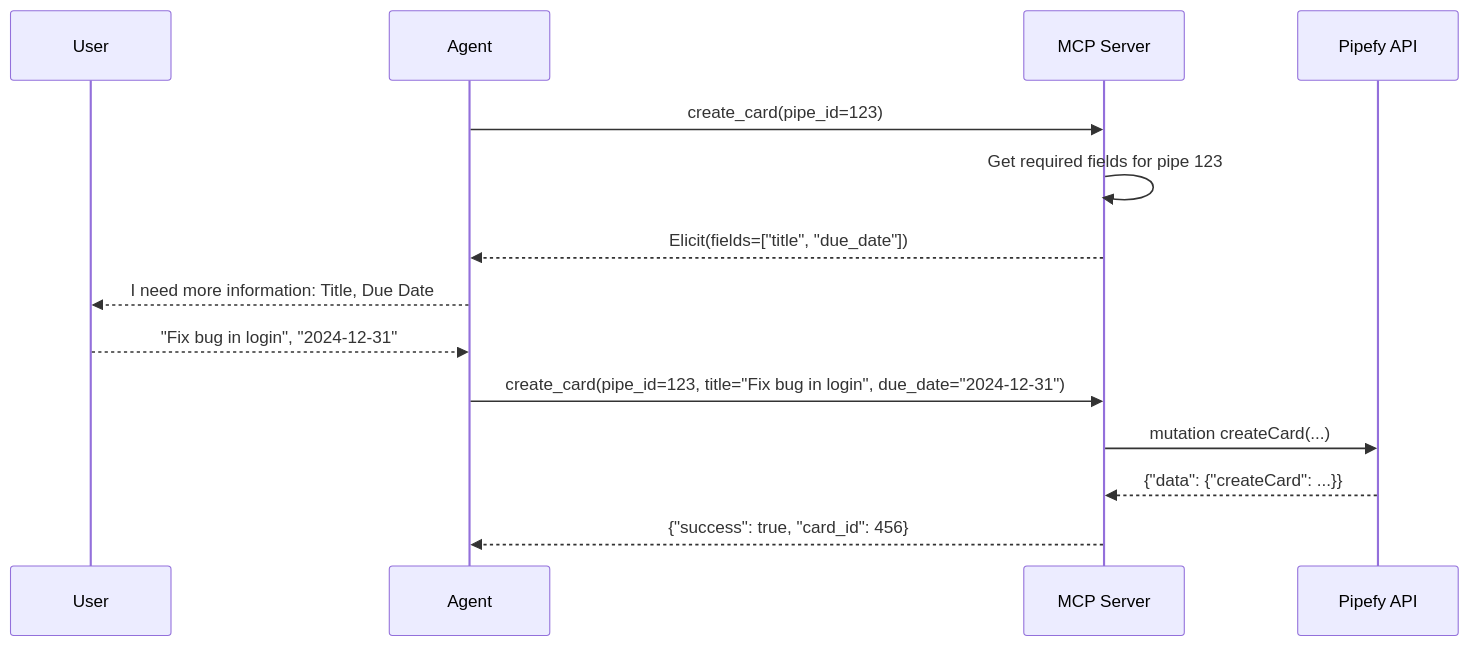
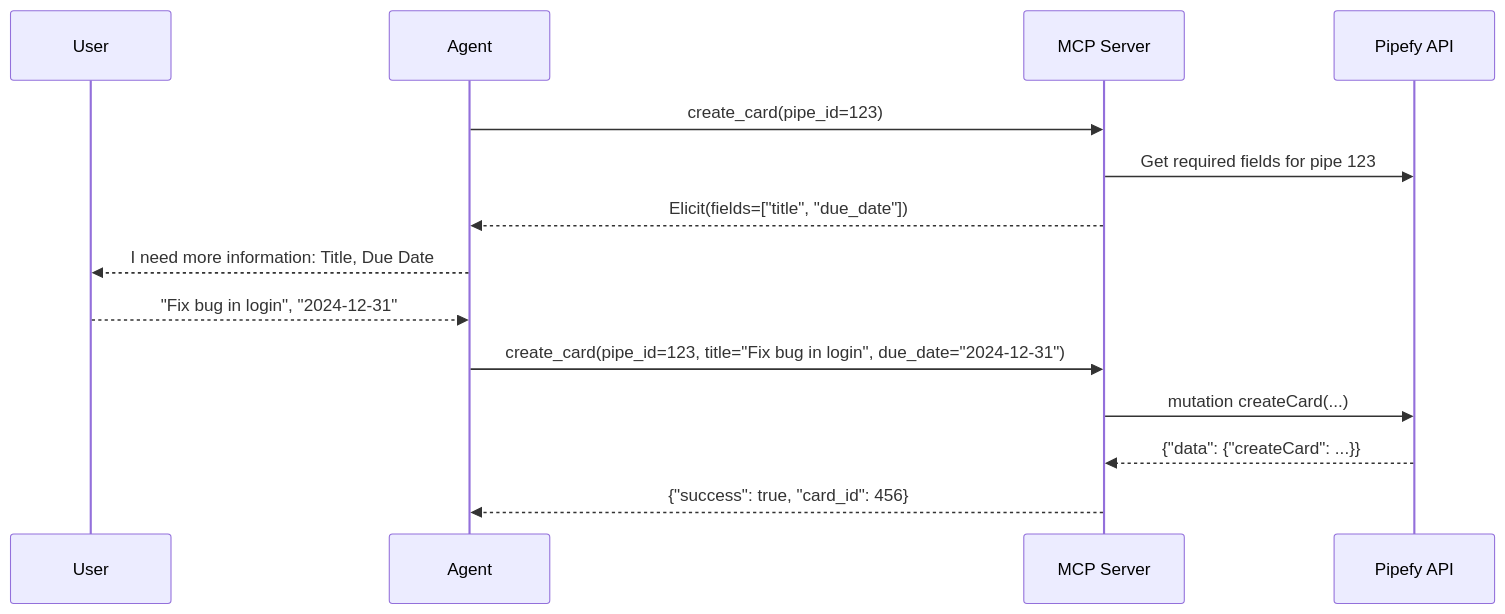
One commit to gbrlcustodio/pipefy-mcp-server changed the diagram in README.md. Above: the diagram before and after it, drawn with Mermaid. The commit also changed other lines of this file, not shown here.

Commit message:
update elicitation workflow

````diff
--- a/README.md
+++ b/README.md
@@ -47,17 +47,17 @@
     ```mermaid
     sequenceDiagram
         participant U as User
         participant A as Agent
         participant S as MCP Server
         participant P as Pipefy API
 
         A->>S: create_card(pipe_id=123)
-        S->>S: Get required fields for pipe 123
+        S->>P: Get required fields for pipe 123
         S-->>A: Elicit(fields=["title", "due_date"])
         A-->>U: I need more information: Title, Due Date
         U-->>A: "Fix bug in login", "2024-12-31"
         A->>S: create_card(pipe_id=123, title="Fix bug in login", due_date="2024-12-31")
         S->>P: mutation createCard(...)
         P-->>S: {"data": {"createCard": ...}}
         S-->>A: {"success": true, "card_id": 456}
     ```
````
